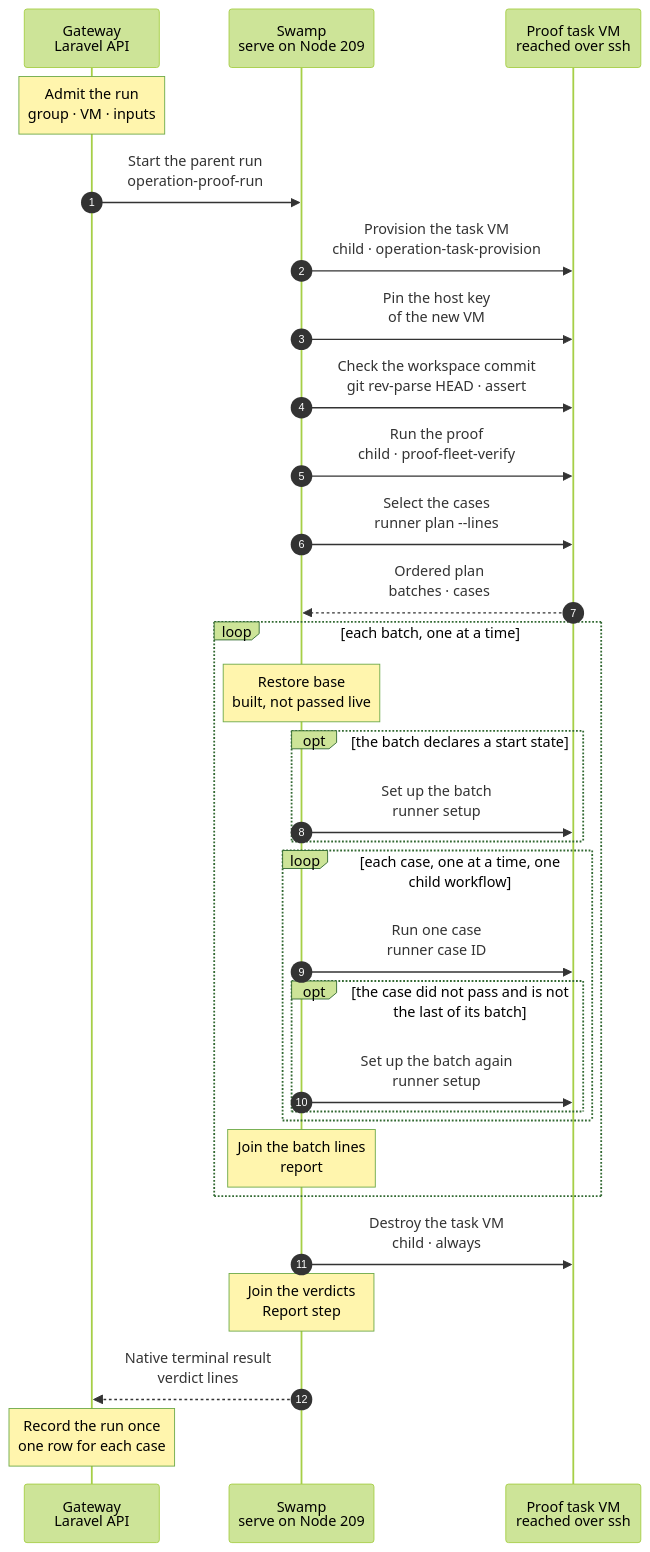
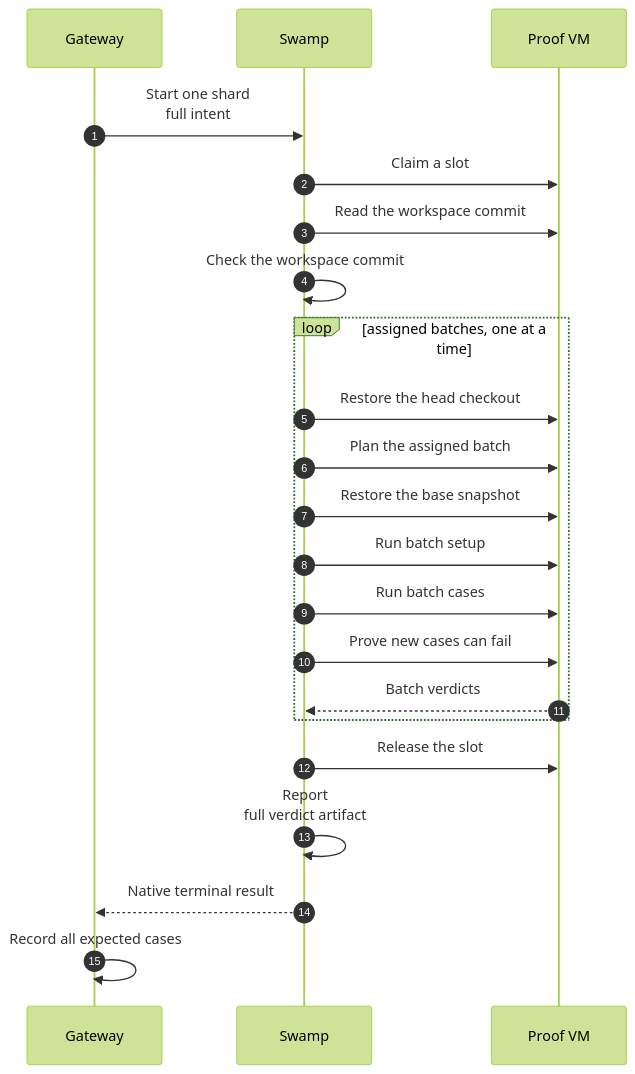
One commit to hardimpactdev/orbit changed the diagram in docs/cli/proof/command.mmd. Above: the diagram before and after it, drawn with Mermaid (forest theme). The commit also changed 32 other files, not shown here.

First line of the commit message:
feat: queue CI proofs and require complete batch verdicts

```diff
--- a/docs/cli/proof/command.mmd
+++ b/docs/cli/proof/command.mmd
@@ -1,77 +1,34 @@
 sequenceDiagram
-  %% Target design: the run of one command of proof:run on a proof task VM of its own (Nick + orchestrator, 2026-11-05). The Gateway admits the intent of the run; Orbit's own Swamp runs the provision, the cases and the destruction of the VM as children of the workflow operation-proof-run; the Gateway projects the run once. The cases are the workflow proof-fleet-verify and its batch and case children.
-  %% status: draft
+  %% status: reviewed
   %% command: none · started by proof:run
   %% kind: proof.command
   autonumber
-  %% lane GW icon=gateway pill=intent tone=blue
-  %% lane SW icon=workflow pill=executes tone=green
-  %% lane VM icon=server pill=target tone=purple
-  participant GW as Gateway<br/>Laravel API
-  participant SW as Swamp<br/>serve on Node 209
-  participant VM as Proof task VM<br/>reached over ssh
-  Note over GW: Admit the run<br/>group · VM · inputs
-  %%> Requirements:
-  %%> - proof:run selected this command and its cases file, and made a task group for it
-  %%> What it records:
-  %%> - the task provision, the cases file, the pinned SSH target of the VM and the destruction of the VM, all as inputs; no step calls back
-  GW->>SW: Start the parent run<br/>operation-proof-run
-  SW->>VM: Provision the task VM<br/>child · operation-task-provision
-  %%> What it does:
-  %%> - the same provision every task uses; stage 2 of the chart of proof:run is part of it
-  SW->>VM: Pin the host key<br/>of the new VM
-  %%> What it does:
-  %%> - fills the host key that the provision observed into the SSH target of the cases
-  SW->>VM: Check the workspace commit<br/>git rev-parse HEAD · assert
-  %%> Decided by the top orchestrator, for Nick's review (2026-11-07):
-  %%> - before any case, the parent reads the HEAD of the workspace of the VM and asserts that it is the commit of the proof (`head` of the verify intent). Try 13's list run went on after the import of its bundle failed and proved a clone of main
-  %%> - on a mismatch, or when git prints no commit, the run fails with `proof.workspace_commit_mismatch` and the result names both commits (`workspace.expected`, `workspace.found`); no case runs and the proof VM is destroyed, or kept with `--keep-failed`. When the SSH read itself fails, the run fails as `proof.run_failed`
-  %%> - this is a second line: it runs after the provision, so a wrong checkout still costs the provision; the gate of the provision stops it earlier
-  %%> - the nested Nodes mount the same directory as a disk device, so one read covers them. See the stage 3 chart
-  SW->>VM: Run the proof<br/>child · proof-fleet-verify
-  %%> Inputs:
-  %%> - the cases file of the command, the checkout path, the group and the pinned SSH target of the VM
-  %%> - no secret
-  SW->>VM: Select the cases<br/>runner plan --lines
-  %%> What it does:
-  %%> - one line a batch, `BATCH SETUP CASE...`, in the order of `swamp/proof/batches.yaml`; inside a batch, in file order
-  VM-->>SW: Ordered plan<br/>batches · cases
-  loop each batch, one at a time
-    Note over SW: Restore base<br/>built, not passed live
-    %%> Built, not yet passed live:
-    %%> - the restore of `base` before each batch is the workflow `proof-fleet-restore`, a step of the batch workflow; 0 of 2 runs succeeded by 2026-11-06; the old restore was removed
-    opt the batch declares a start state
-      SW->>VM: Set up the batch<br/>runner setup
-      %%> What it does:
-      %%> - runs the setup steps of the batch; a setup that fails or is not built stops the run
-    end
-    loop each case, one at a time, one child workflow
-      SW->>VM: Run one case<br/>runner case ID
-      %%> What it does:
-      %%> - the step allows failure, so a failed case does not stop its batch
-      %%> Returns:
-      %%> - one JSON line of at most 1 KB: the case id, the verdict, the cause, the seconds and the failed checks
-      opt the case did not pass and is not the last of its batch
-        SW->>VM: Set up the batch again<br/>runner setup
-        %%> Why:
-        %%> - a failed case can leave anything behind; the setup of the batch runs again
-        %%> - the last case of a batch skips it
-        %%> Built, not yet passed live:
-        %%> - the restore of `base` before the setup is the workflow `proof-fleet-restore` (0 of 2 runs succeeded by 2026-11-06); the old restore was removed
-      end
-    end
-    Note over SW: Join the batch lines<br/>report
-    %%> What it does:
-    %%> - a case that printed no line is `failed` with cause `infrastructure`; a case that did not run is `unrun` with cause `infrastructure`
+  participant GW as Gateway
+  participant SW as Swamp
+  participant VM as Proof VM
+  GW->>SW: Start one shard<br/>full intent
+  %%> Record one group and VM with its whole batch assignments and expected expanded case ids. Operator proofs instead carry one full command from task admission.
+  SW->>VM: Claim a slot
+  SW->>VM: Read the workspace commit
+  SW->>SW: Check the workspace commit
+  %%> A mismatch fails before cases and records expected and found commits.
+  loop assigned batches, one at a time
+    SW->>VM: Restore the head checkout
+    %%> A prior new-case check may have left the checkout at the merge base. Restore the admitted head before planning.
+    SW->>VM: Plan the assigned batch
+    %%> runner plan --lines --only-batch restricts execution to the whole admitted batch. An operator run plans the full command.
+    SW->>VM: Restore the base snapshot
+    SW->>VM: Run batch setup
+    SW->>VM: Run batch cases
+    %%> The runner schedules cases within the fleet's existing concurrency and isolation rules. Keep every verdict line in the output artifact.
+    SW->>VM: Prove new cases can fail
+    %%> A new case must fail with cause assertion at the merge base. Missing evidence fails.
+    VM-->>SW: Batch verdicts
   end
-  SW->>VM: Destroy the task VM<br/>child · always
-  %%> What it does:
-  %%> - runs after success and after failure, so no VM is left behind
-  %%> - with `keep_failed` (see the chart of `proof:run`) a run that failed for any reason, also in its setup, skips it and the Gateway cancels the group 60 minutes later
-  Note over SW: Join the verdicts<br/>Report step
-  %%> What it does:
-  %%> - every case of the plan has one line, in plan order; the Gateway reads this step once, when the run ends
-  SW-->>GW: Native terminal result<br/>verdict lines
-  Note over GW: Record the run once<br/>one row for each case
-  %%> Result:
-  %%> - the Gateway records the VM, the verdicts and the end of the group, then closes the proof of the CLI when this was its last run
+  SW->>VM: Release the slot
+  %%> Always after success or failure. Only operator proofs can keep a failed VM for 60 minutes. CI always deletes.
+  SW->>SW: Report<br/>full verdict artifact
+  %%> Prefix each line with its command, file and batch. The fixed capture reads the full artifact rather than the 4 KiB history summary.
+  SW-->>GW: Native terminal result
+  GW->>GW: Record all expected cases
+  %%> Failed, missing, duplicate or unassigned verdicts fail the shard. A missing case becomes unrun. A missing or failed delete schedules normal group cancellation. The parent closes one merged report after all shards end.
```
